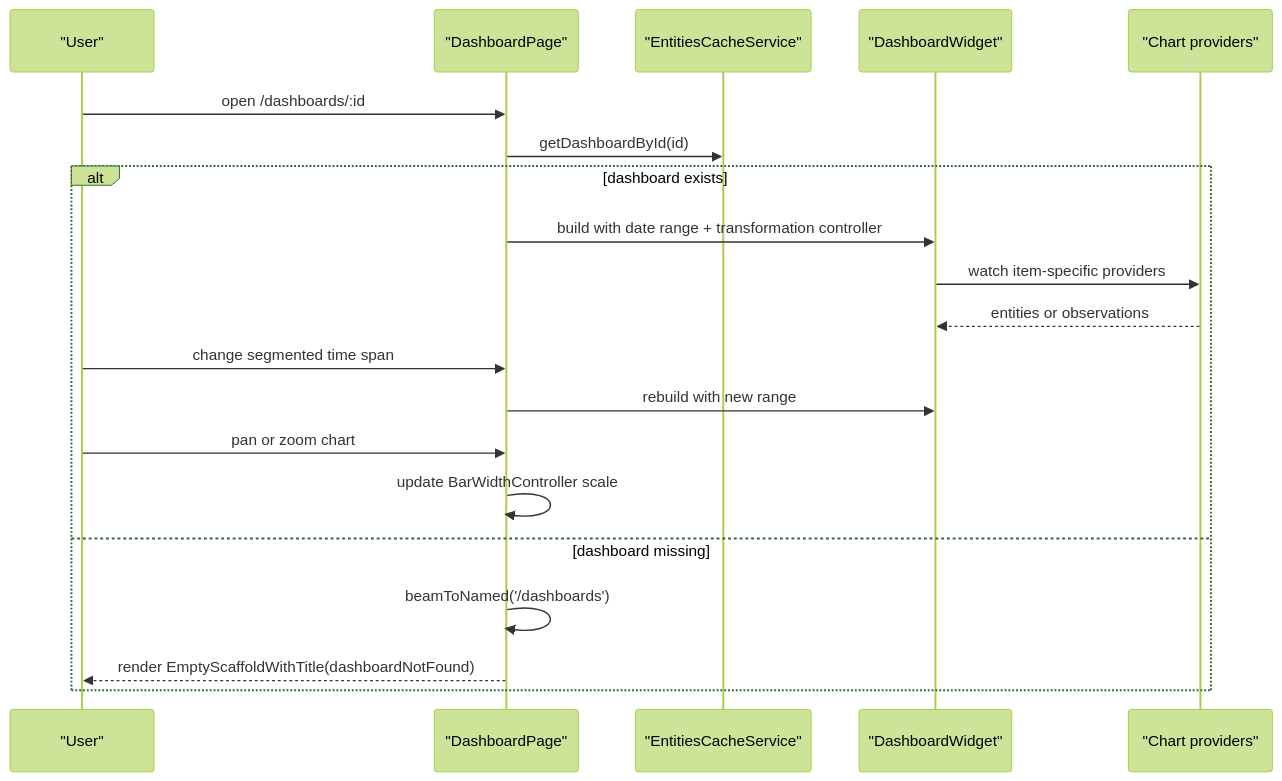
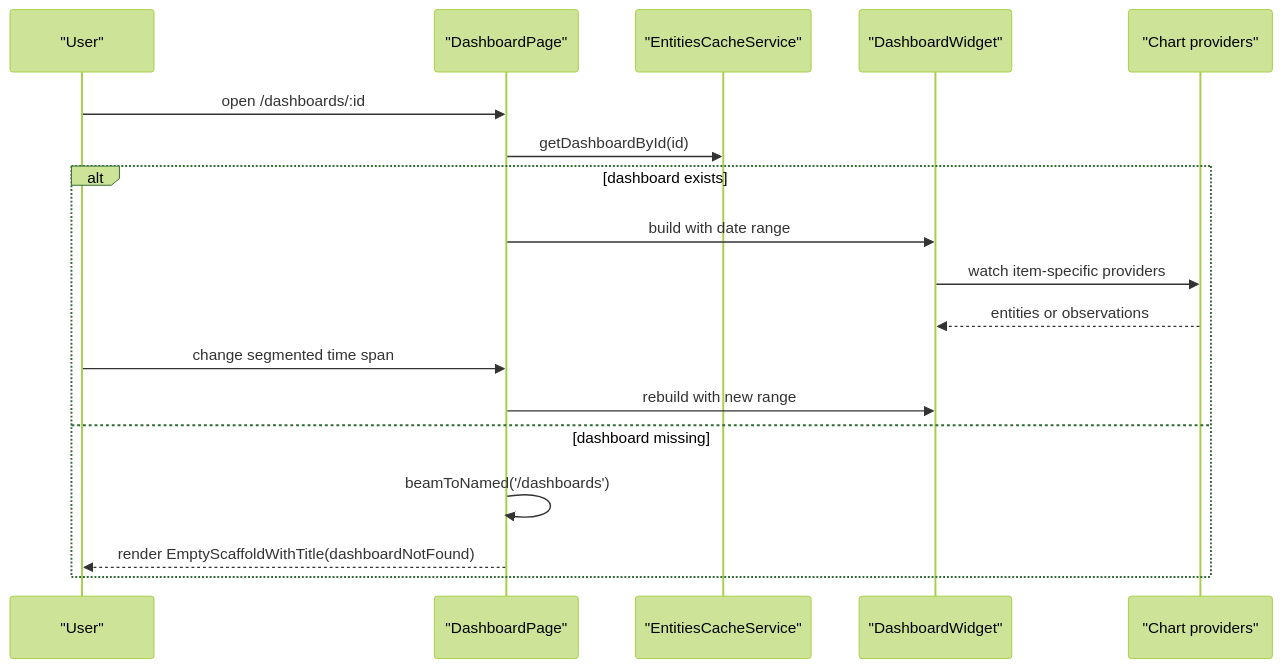
The third of 5 diagrams in lib/features/dashboards/README.md (matthiasn/lotti), drawn with Mermaid (forest theme) before and after one commit. The commit also changed other lines of this file and 39 other files, not shown here.

First line of the commit message:
refactor: round-3 dashboard chart review fixes (remove zoom, axes, captions, title)

````diff
--- a/lib/features/dashboards/README.md
+++ b/lib/features/dashboards/README.md
@@ -156,23 +155,21 @@
 ```mermaid
 sequenceDiagram
   participant User as "User"
   participant Page as "DashboardPage"
   participant Cache as "EntitiesCacheService"
   participant Widget as "DashboardWidget"
   participant Providers as "Chart providers"
 
   User->>Page: open /dashboards/:id
   Page->>Cache: getDashboardById(id)
   alt dashboard exists
-    Page->>Widget: build with date range + transformation controller
+    Page->>Widget: build with date range
     Widget->>Providers: watch item-specific providers
     Providers-->>Widget: entities or observations
     User->>Page: change segmented time span
     Page->>Widget: rebuild with new range
-    User->>Page: pan or zoom chart
-    Page->>Page: update BarWidthController scale
   else dashboard missing
     Page->>Page: beamToNamed('/dashboards')
     Page-->>User: render EmptyScaffoldWithTitle(dashboardNotFound)
   end
 ```
````
